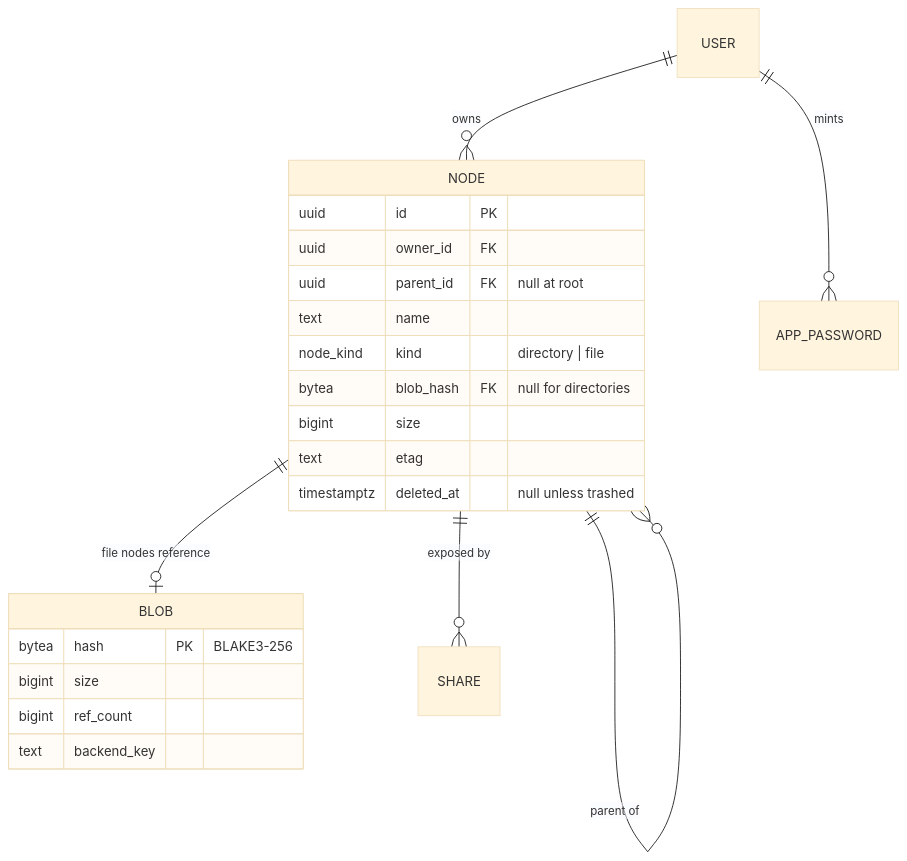
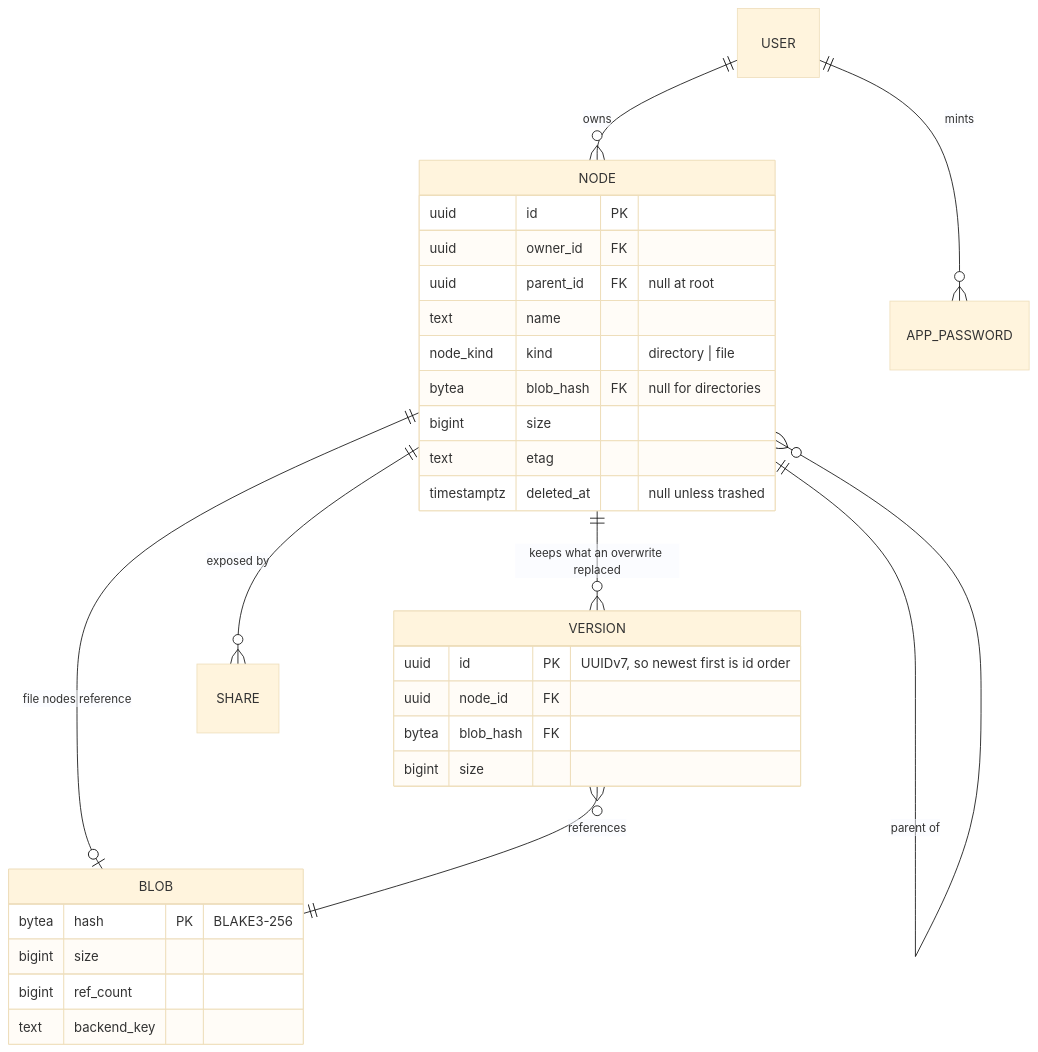
Before and after one commit to FerrLabs/RoxyCloud: the first of 4 diagrams in ARCHITECTURE.md, drawn with Mermaid (base theme). The commit also changed other lines of this file and 19 other files, not shown here.

````diff
--- a/ARCHITECTURE.md
+++ b/ARCHITECTURE.md
@@ -224,26 +224,34 @@
 ```mermaid
 erDiagram
     NODE ||--o| BLOB : "file nodes reference"
+    NODE ||--o{ VERSION : "keeps what an overwrite replaced"
+    VERSION }o--|| BLOB : references
     NODE ||--o{ NODE : "parent of"
     USER ||--o{ NODE : owns
     USER ||--o{ APP_PASSWORD : mints
     NODE ||--o{ SHARE : "exposed by"
 
     NODE {
         uuid id PK
         uuid owner_id FK
         uuid parent_id FK "null at root"
         text name
         node_kind kind "directory | file"
         bytea blob_hash FK "null for directories"
         bigint size
         text etag
         timestamptz deleted_at "null unless trashed"
     }
     BLOB {
         bytea hash PK "BLAKE3-256"
         bigint size
         bigint ref_count
         text backend_key
     }
+    VERSION {
+        uuid id PK "UUIDv7, so newest first is id order"
+        uuid node_id FK
+        bytea blob_hash FK
+        bigint size
+    }
 ```
````
